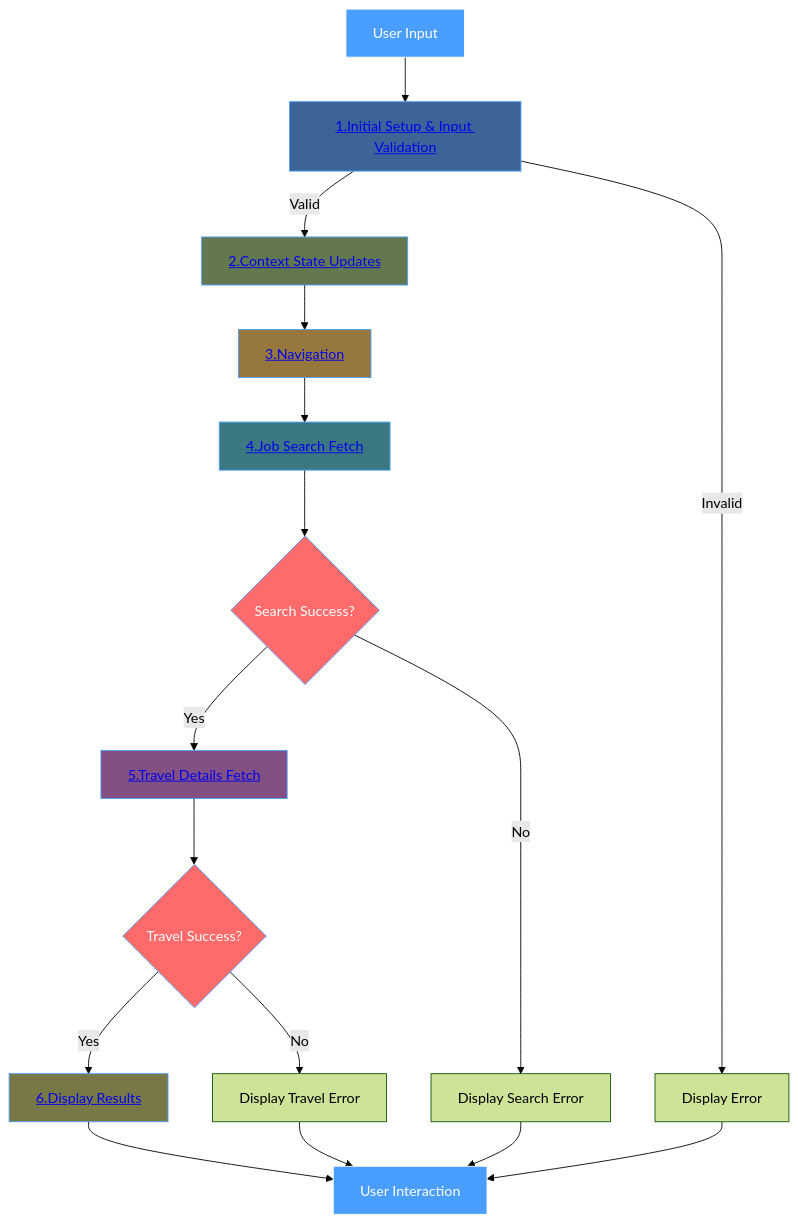
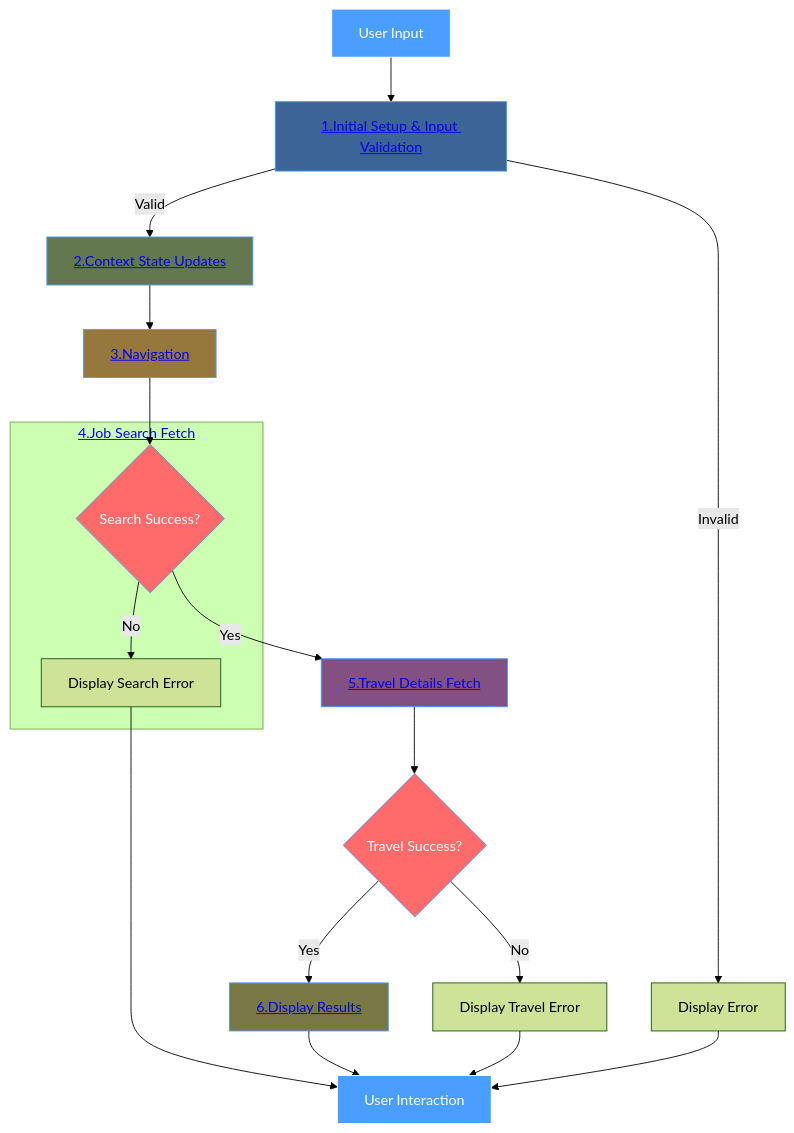
Before and after one commit to YahyaAl-Ademi/2025.10.23-JobCompass: the diagram in documentation/jobFetch/_JobFetchFlowchart.md, drawn with Mermaid (forest theme).

Commit message:
Refactor job fetch flowchart to encapsulate the job search phase within a subgraph for improved organization and clarity in the documentation.

````diff
--- a/documentation/jobFetch/_JobFetchFlowchart.md
+++ b/documentation/jobFetch/_JobFetchFlowchart.md
@@ -1,29 +1,29 @@
 ```mermaid
 flowchart TD
     A[User Input] --> B["<a href='./1.Initial%20Setup%20&%20Input%20Validation.md'>1.Initial Setup & Input Validation</a>"]
     B -->|Valid| C["<a href='./2.Context%20State%20Updates.md'>2.Context State Updates</a>"]
     B -->|Invalid| Z[Display Error]
     C --> D["<a href='./3.Navigation.md'>3.Navigation</a>"]
-    D --> E["<a href='./4.Job%20Search%20Fetch.md'>4.Job Search Fetch</a>"]
-    E --> F{Search Success?}
+    D --> F{Search Success?}
+    subgraph JobSearch["<a href='./4.Job%20Search%20Fetch.md'>4.Job Search Fetch</a>"]
+    F -->|No| H[Display Search Error]
+    end
     F -->|Yes| G["<a href='./5.Travel%20Details%20Fetch.md'>5.Travel Details Fetch</a>"]
-    F -->|No| H[Display Search Error]
     G --> I{Travel Success?}
     I -->|Yes| J["<a href='./6.Display%20Results.md'>6.Display Results</a>"]
     I -->|No| K[Display Travel Error]
     J --> L[User Interaction]
     H --> L
     K --> L
     Z --> L
 
     style A fill:#4a9eff,stroke:#fff,color:#fff
     style B fill:#3c6496,stroke:#4a9eff,color:#fff
     style C fill:#647850,stroke:#4a9eff,color:#fff
     style D fill:#96783c,stroke:#4a9eff,color:#fff
-    style E fill:#3c7882,stroke:#4a9eff,color:#fff
     style F fill:#ff6b6b,stroke:#4a9eff,color:#fff
     style G fill:#825082,stroke:#4a9eff,color:#fff
     style I fill:#ff6b6b,stroke:#4a9eff,color:#fff
     style J fill:#787846,stroke:#4a9eff,color:#fff
     style L fill:#4a9eff,stroke:#fff,color:#fff
 ```
````
